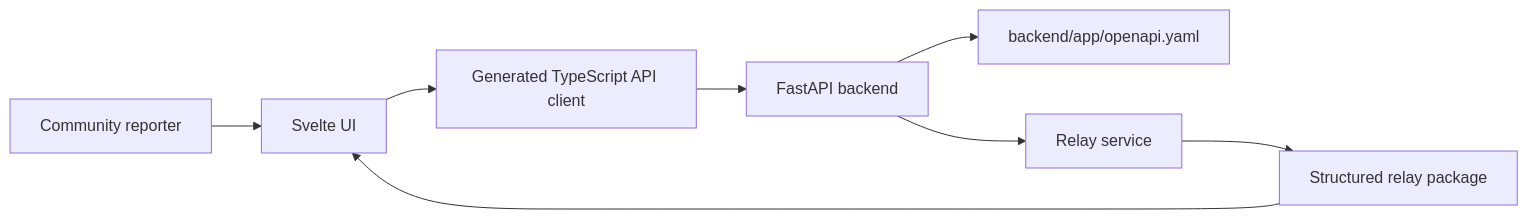
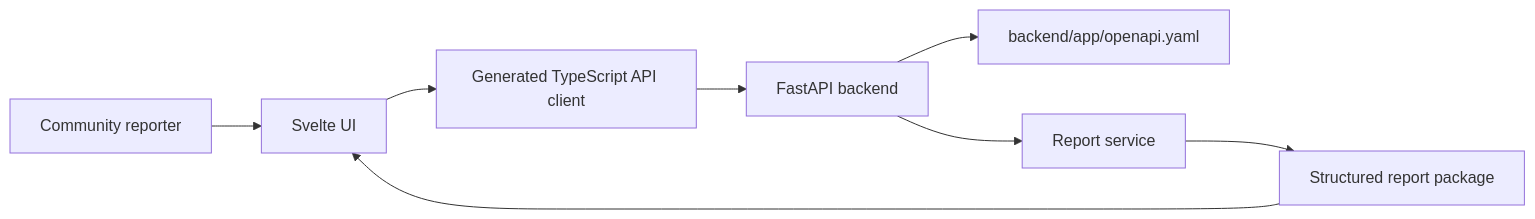
One commit to Gathondu/sautirelay changed the diagram in docs/product/architecture.md. Above: the diagram before and after it, drawn with Mermaid. The commit also changed other lines of this file and 4 other files, not shown here.

Commit message:
refactor: rename relay to report in documentation and update related content

````diff
--- a/docs/product/architecture.md
+++ b/docs/product/architecture.md
@@ -7,10 +7,10 @@
 ```mermaid
 flowchart LR
   Reporter["Community reporter"] --> UI["Svelte UI"]
   UI --> Client["Generated TypeScript API client"]
   Client --> API["FastAPI backend"]
   API --> Contract["backend/app/openapi.yaml"]
-  API --> Relay["Relay service"]
-  Relay --> Result["Structured relay package"]
+  API --> Report["Report service"]
+  Report --> Result["Structured report package"]
   Result --> UI
 ```
````
